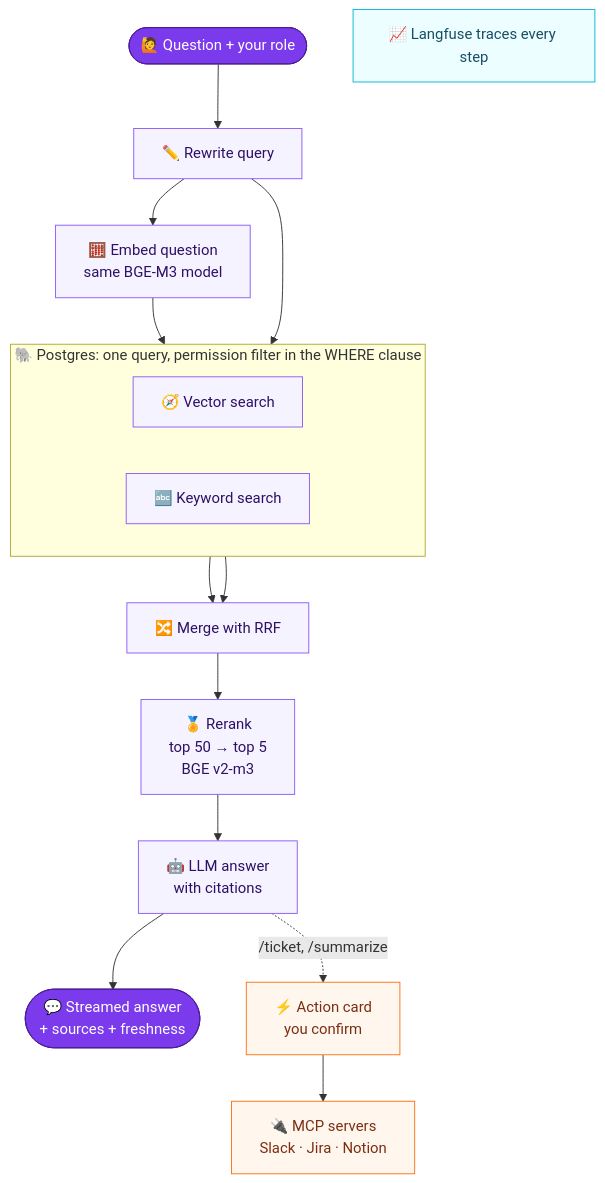
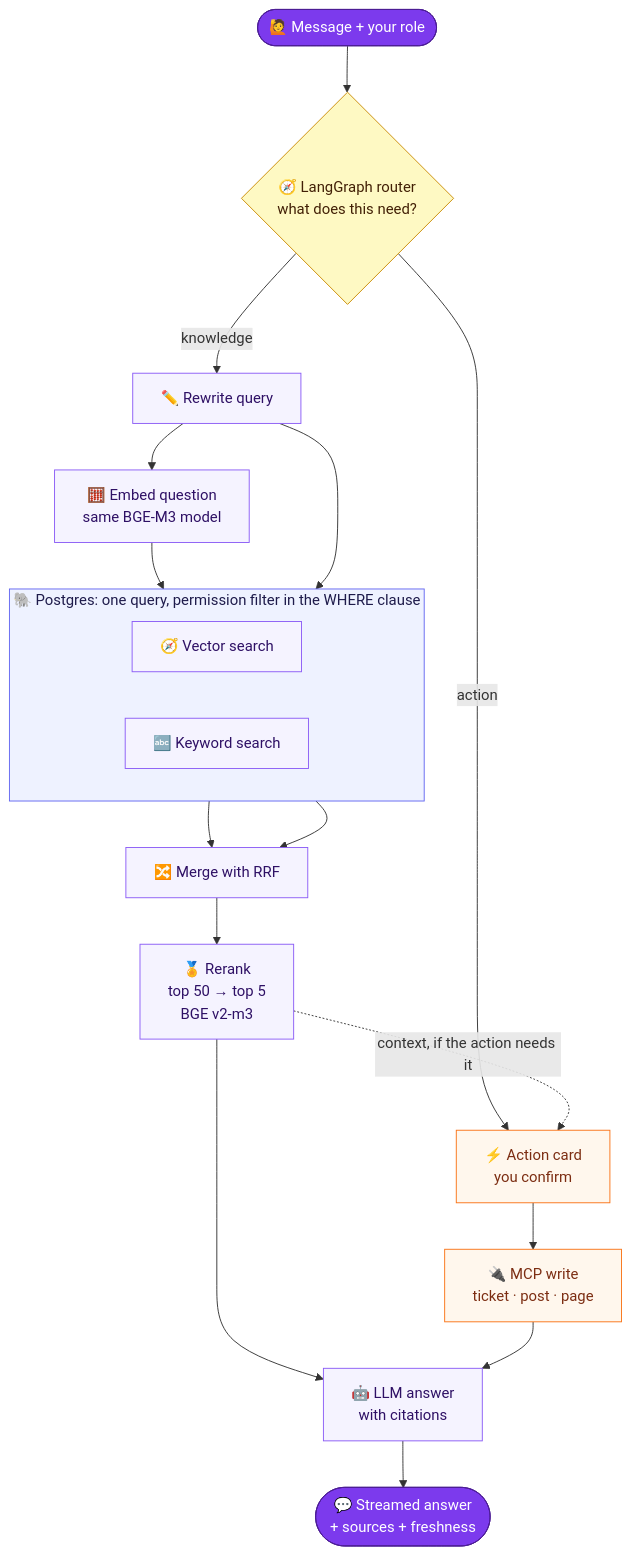
One commit to shreyamhetre/BrainBase changed the second of 2 diagrams in README.md. Above: the diagram before and after it, drawn with Mermaid. The commit also changed other lines of this file and 1 other file, not shown here.

Commit message:
corrected readMe flow

````diff
--- a/README.md
+++ b/README.md
@@ -87,32 +87,36 @@
 ```mermaid
 flowchart TD
-    Q(["🙋 Question + your role"]) --> RW["✏️ Rewrite query"]
+    Q(["🙋 Message + your role"]) --> RT{"🧭 LangGraph router<br/>what does this need?"}
+
+    RT -- "knowledge" --> RW["✏️ Rewrite query"]
     RW --> EQ["🧮 Embed question<br/>same BGE-M3 model"]
 
     subgraph PG["🐘 Postgres: one query, permission filter in the WHERE clause"]
         direction LR
         V["🧭 Vector search"]
         K["🔤 Keyword search"]
     end
 
     EQ --> V
     RW --> K
     V --> RRF["🔀 Merge with RRF"]
     K --> RRF
     RRF --> RR["🏅 Rerank<br/>top 50 → top 5<br/>BGE v2-m3"]
+    RT -- "action" --> ACT["⚡ Action card<br/>you confirm"]
+    RR -. "context, if the action needs it" .-> ACT
+    ACT --> MCPW["🔌 MCP write<br/>ticket · post · page"]
+
     RR --> LLM["🤖 LLM answer<br/>with citations"]
+    MCPW --> LLM
     LLM --> A(["💬 Streamed answer<br/>+ sources + freshness"])
-
-    LLM -. "/ticket, /summarize" .-> ACT["⚡ Action card<br/>you confirm"]
-    ACT --> MCP["🔌 MCP servers<br/>Slack · Jira · Notion"]
-
-    LF["📈 Langfuse traces every step"]:::trace
 
     classDef io fill:#7c3aed,stroke:#4c1d95,color:#ffffff
     classDef step fill:#f5f3ff,stroke:#8b5cf6,color:#2e1065
+    classDef route fill:#fef9c3,stroke:#ca8a04,color:#422006
     classDef act fill:#fff7ed,stroke:#f97316,color:#7c2d12
-    classDef trace fill:#ecfeff,stroke:#06b6d4,color:#164e63
     class Q,A io
+    class RT route
     class RW,EQ,V,K,RRF,RR,LLM step
-    class ACT,MCP act
+    class ACT,MCPW act
+    style PG fill:#eef2ff,stroke:#6366f1,color:#1e1b4b
 ```
````
